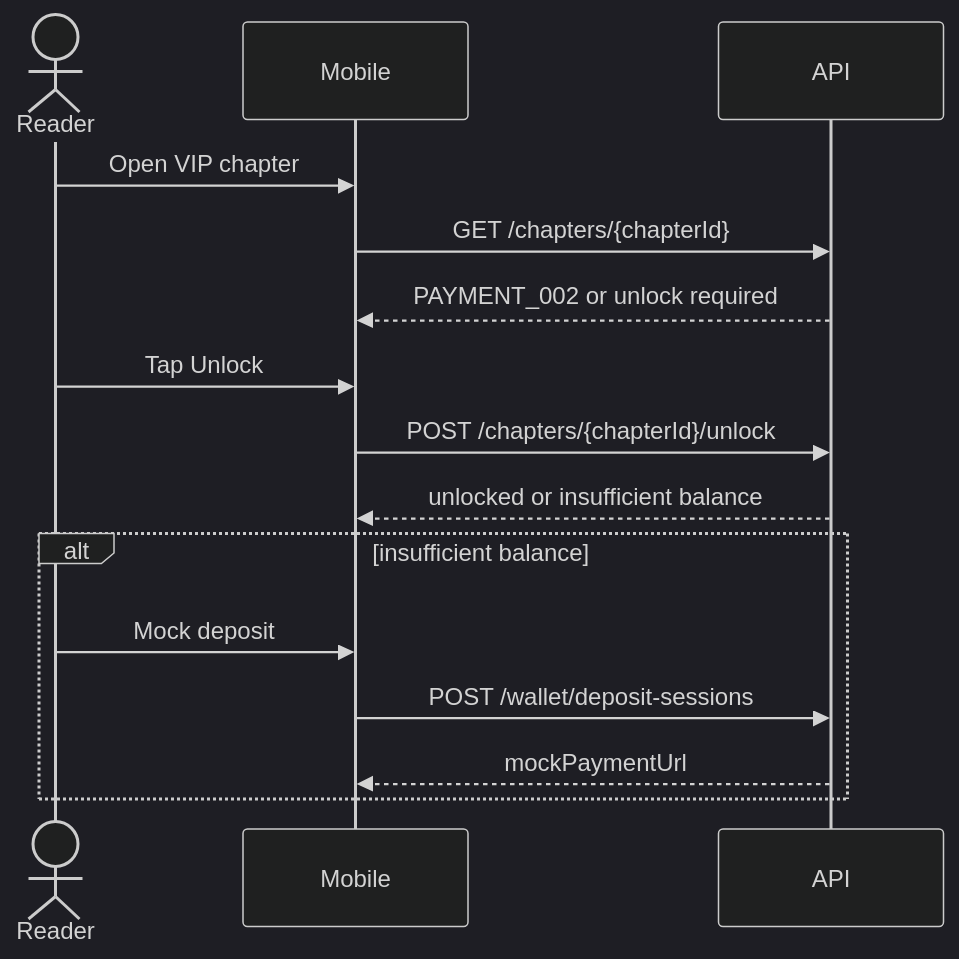
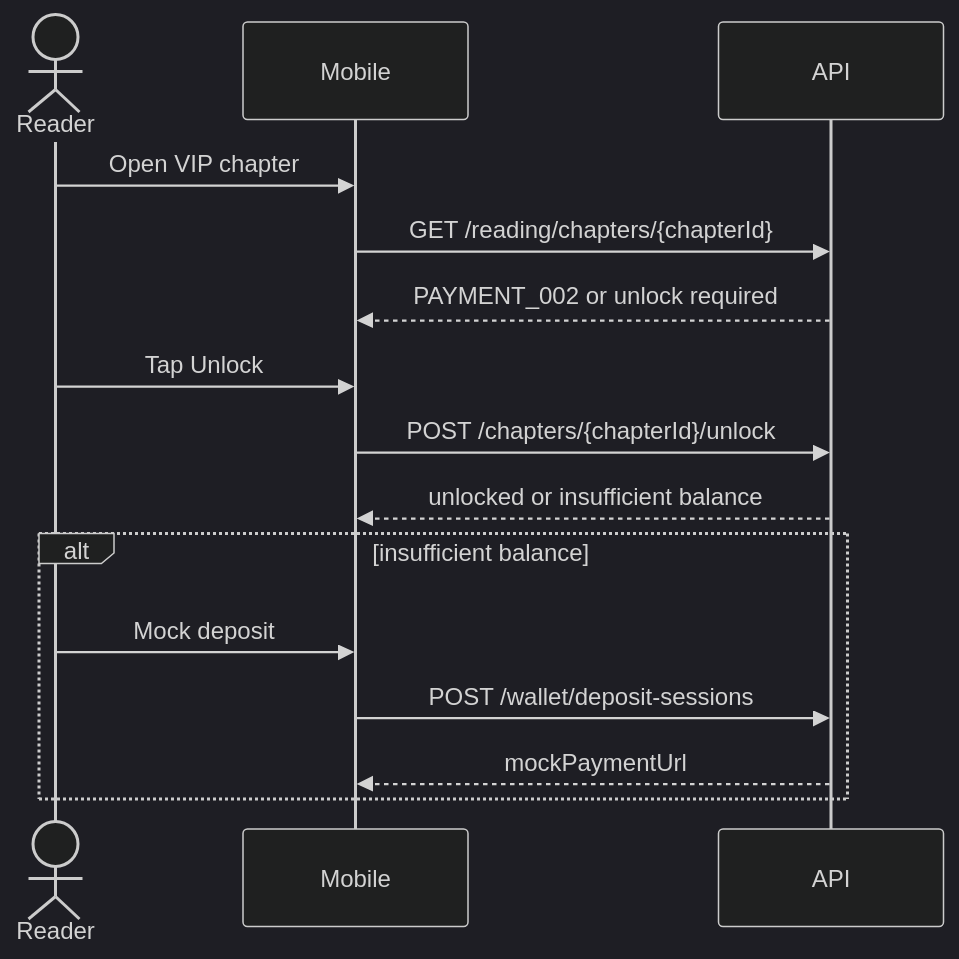
One commit to Ephurin/Novel_sharing_platform changed the fifth of 6 diagrams in docs/Frontend/user-flows.md. Above: the diagram before and after it, drawn with Mermaid (dark theme). The commit also changed other lines of this file and 96 other files, not shown here.

````diff
--- a/docs/Frontend/user-flows.md
+++ b/docs/Frontend/user-flows.md
@@ -90,18 +94,18 @@
 ```mermaid
 sequenceDiagram
     actor Reader
     participant Mobile
     participant API
 
     Reader->>Mobile: Open VIP chapter
-    Mobile->>API: GET /chapters/{chapterId}
+    Mobile->>API: GET /reading/chapters/{chapterId}
     API-->>Mobile: PAYMENT_002 or unlock required
     Reader->>Mobile: Tap Unlock
     Mobile->>API: POST /chapters/{chapterId}/unlock
     API-->>Mobile: unlocked or insufficient balance
     alt insufficient balance
         Reader->>Mobile: Mock deposit
         Mobile->>API: POST /wallet/deposit-sessions
         API-->>Mobile: mockPaymentUrl
     end
 ```
````
